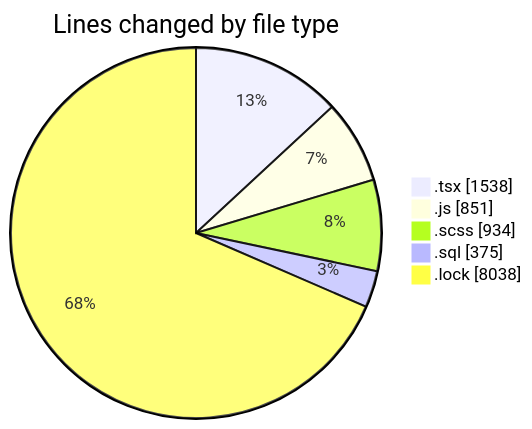
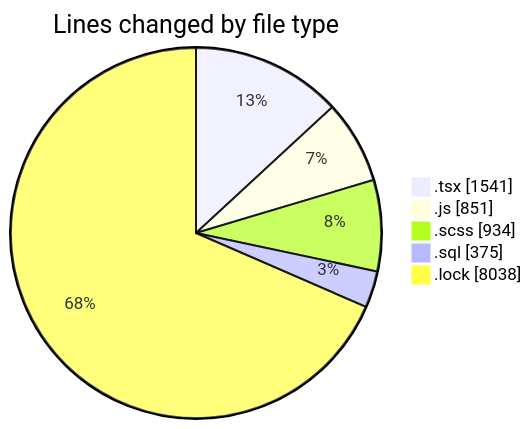
Before and after one commit to momahboobian/code-tracking: the first of 2 diagrams in 2025-03-18/cda/README.md, drawn with Mermaid. The commit also changed other lines of this file and 1 other file, not shown here.

````diff
--- a/2025-03-18/cda/README.md
+++ b/2025-03-18/cda/README.md
@@ -32,9 +32,9 @@
 ```mermaid
 pie showData
 title Lines changed by file type
-".tsx" : 1538
+".tsx" : 1541
 ".js" : 851
 ".scss" : 934
 ".sql" : 375
 ".lock" : 8038
 ```
````
